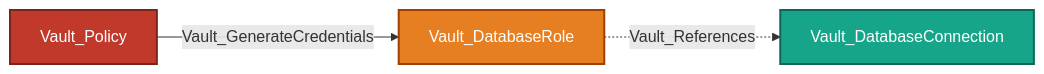
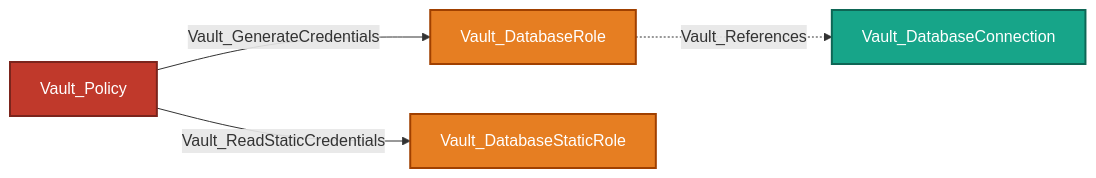
The seventh of 27 diagrams in Documentation/stores/MOUNTS.md (bytewreck/opengraph-vault), drawn with Mermaid before and after one commit. The commit also changed other lines of this file and 4 other files, not shown here.

````diff
--- a/Documentation/stores/MOUNTS.md
+++ b/Documentation/stores/MOUNTS.md
@@ -436,9 +436,10 @@
 ```mermaid
 flowchart LR
-    policy[Vault_Policy]:::policyNode -->|Vault_GenerateCredentials| role[Vault_DatabaseRole]:::secretObjectNode
-    role -.->|Vault_References| connection[Vault_DatabaseConnection]:::referenceNode
+    policy[Vault_Policy]:::policyNode -->|Vault_GenerateCredentials| DR[Vault_DatabaseRole]:::secretObjectNode
+    policy -->|Vault_ReadStaticCredentials| SR[Vault_DatabaseStaticRole]:::secretObjectNode
+    DR -.->|Vault_References| connection[Vault_DatabaseConnection]:::referenceNode
 
     classDef policyNode fill:#C0392B,color:#fff,stroke:#7B241C,stroke-width:2px
     classDef secretObjectNode fill:#E67E22,color:#fff,stroke:#A04000,stroke-width:2px
     classDef referenceNode fill:#17A589,color:#fff,stroke:#0E6655,stroke-width:2px
 ```
````
